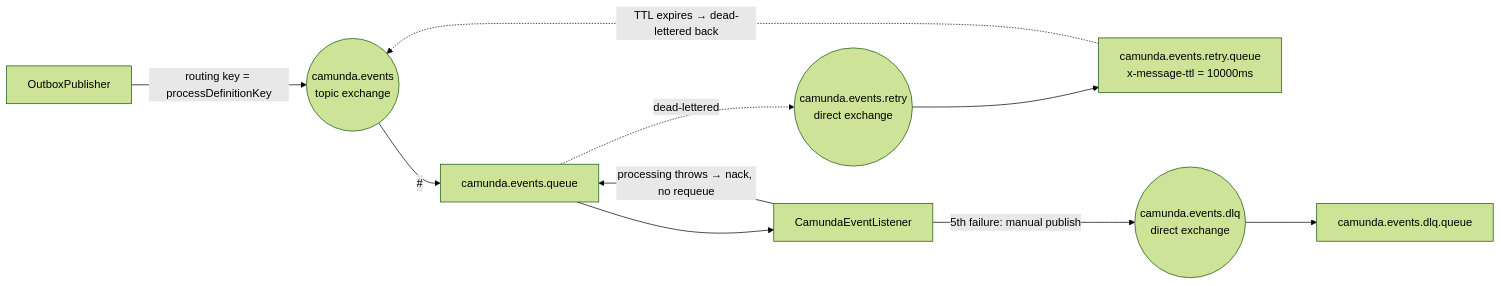
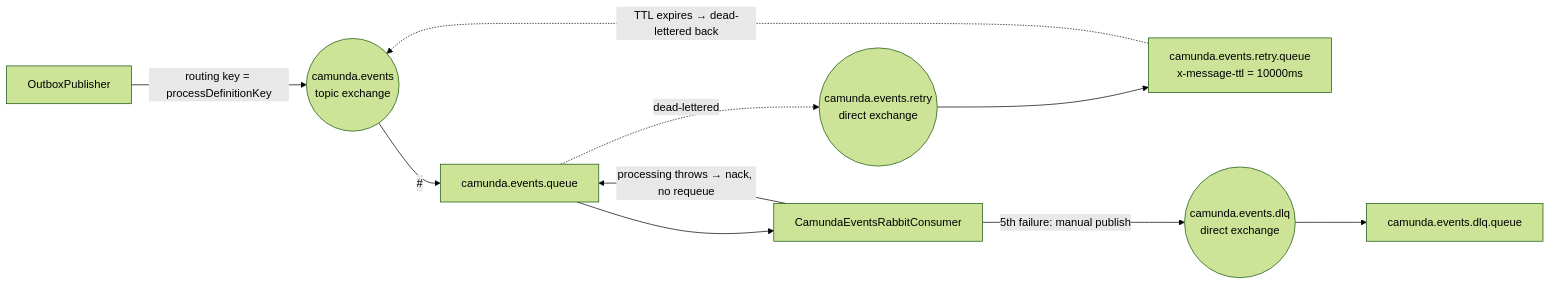
Before and after one commit to denisgmarques/camunda-async-events: the second of 2 diagrams in README.md, drawn with Mermaid (forest theme). The commit also changed other lines of this file and 2 other files, not shown here.

First line of the commit message:
Rename CamundaEventListener to CamundaEventsRabbitConsumer

````diff
--- a/README.md
+++ b/README.md
@@ -307,12 +307,12 @@
 ```mermaid
 flowchart LR
     pub["OutboxPublisher"] -->|"routing key = processDefinitionKey"| ex(("camunda.events\ntopic exchange"))
     ex -->|"#"| q["camunda.events.queue"]
-    q --> listener["CamundaEventListener"]
+    q --> listener["CamundaEventsRabbitConsumer"]
     listener -- "processing throws → nack, no requeue" --> q
     q -. "dead-lettered" .-> rex(("camunda.events.retry\ndirect exchange"))
     rex --> rq["camunda.events.retry.queue\nx-message-ttl = 10000ms"]
     rq -. "TTL expires → dead-lettered back" .-> ex
     listener -- "5th failure: manual publish" --> dex(("camunda.events.dlq\ndirect exchange"))
     dex --> dlq["camunda.events.dlq.queue"]
 ```
````
